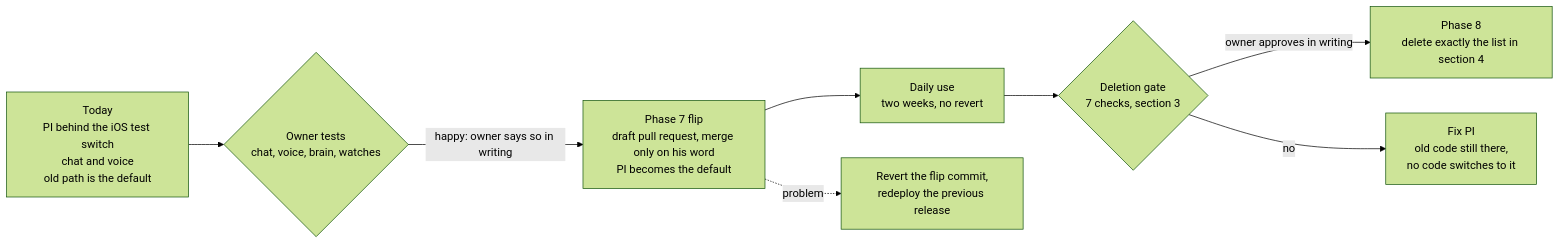
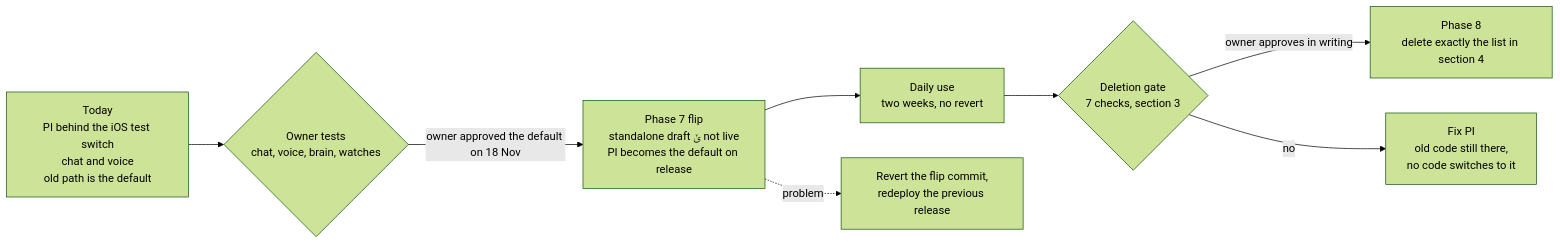
The diagram in docs/pi/cutover.md (DanAakesen/jarvis), drawn with Mermaid (forest theme) before and after one commit. The commit also changed other lines of this file and 19 other files, not shown here.

````diff
--- a/docs/pi/cutover.md
+++ b/docs/pi/cutover.md
@@ -5,10 +5,10 @@
 ```mermaid
 flowchart LR
     T["Today<br/>PI behind the iOS test switch<br/>chat and voice<br/>old path is the default"] --> C1{"Owner tests<br/>chat, voice, brain, watches"}
-    C1 -->|"happy: owner says so in writing"| F["Phase 7 flip<br/>draft pull request, merge only on his word<br/>PI becomes the default"]
+    C1 -->|"owner approved the default on 18 Nov"| F["Phase 7 flip<br/>standalone draft #1910; not live<br/>PI becomes the default on release"]
     F --> D["Daily use<br/>two weeks, no revert"]
     D --> G{"Deletion gate<br/>7 checks, section 3"}
     G -->|"owner approves in writing"| X["Phase 8<br/>delete exactly the list in section 4"]
     G -->|"no"| R["Fix PI<br/>old code still there,<br/>no code switches to it"]
     F -. "problem" .-> B["Revert the flip commit,<br/>redeploy the previous release"]
 ```
````
